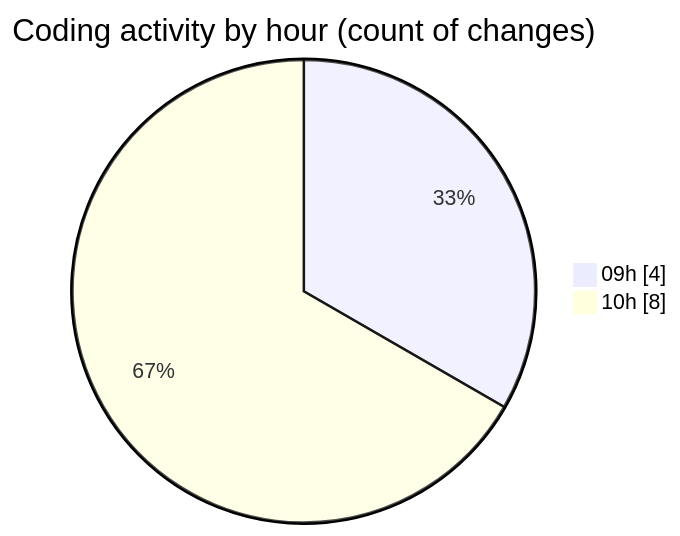
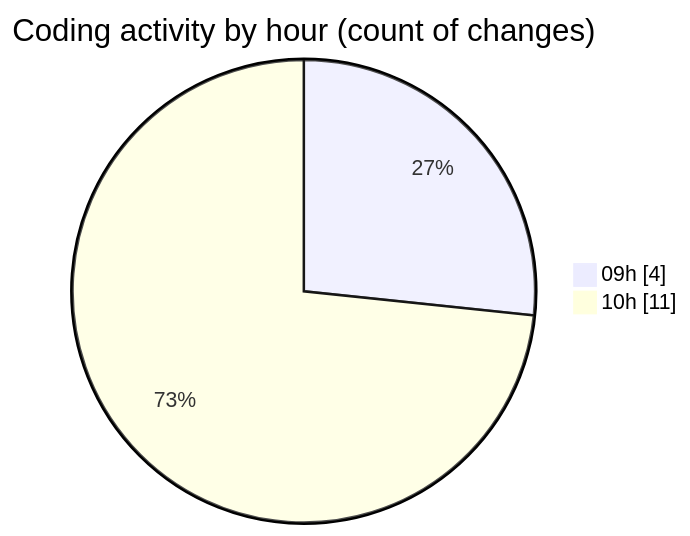
One commit to nxtqubesakshisongat/code-tracking changed the second of 2 diagrams in 2025-05-19/nxtqube_webapp/README.md. Above: the diagram before and after it, drawn with Mermaid. The commit also changed other lines of this file and 1 other file, not shown here.

````diff
--- a/2025-05-19/nxtqube_webapp/README.md
+++ b/2025-05-19/nxtqube_webapp/README.md
@@ -30,6 +30,6 @@
 ```mermaid
 pie showData
 title Coding activity by hour (count of changes)
 "09h" : 4
-"10h" : 8
+"10h" : 11
 ```
````
